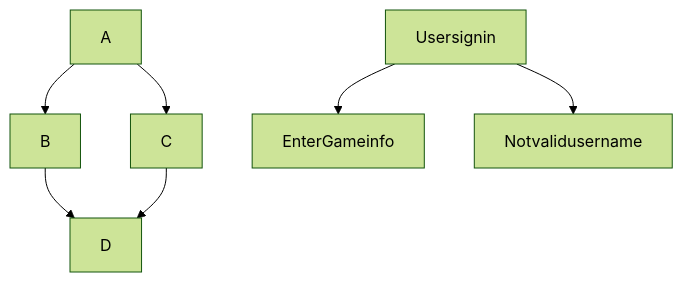
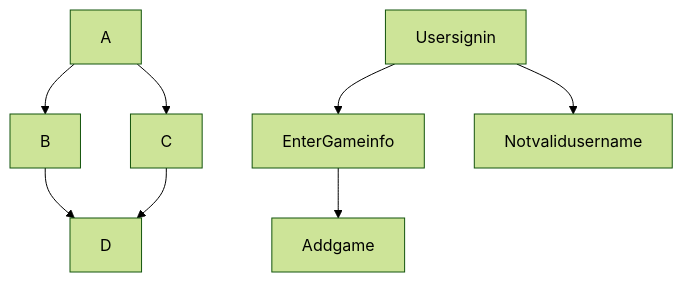
One commit to JackHarding88/dfe-project changed the diagram in README.md. Above: the diagram before and after it, drawn with Mermaid (forest theme).

````diff
--- a/README.md
+++ b/README.md
@@ -3,10 +3,11 @@
 ```mermaid
   graph TD;
       A-->B;
       A-->C;
       B-->D;
       C-->D;
       
        Usersignin-->EnterGameinfo;
-       Usersignin-->Notvalidusername; 
+       Usersignin-->Notvalidusername;
+       EnterGameinfo-->Addgame;
 ```
````
